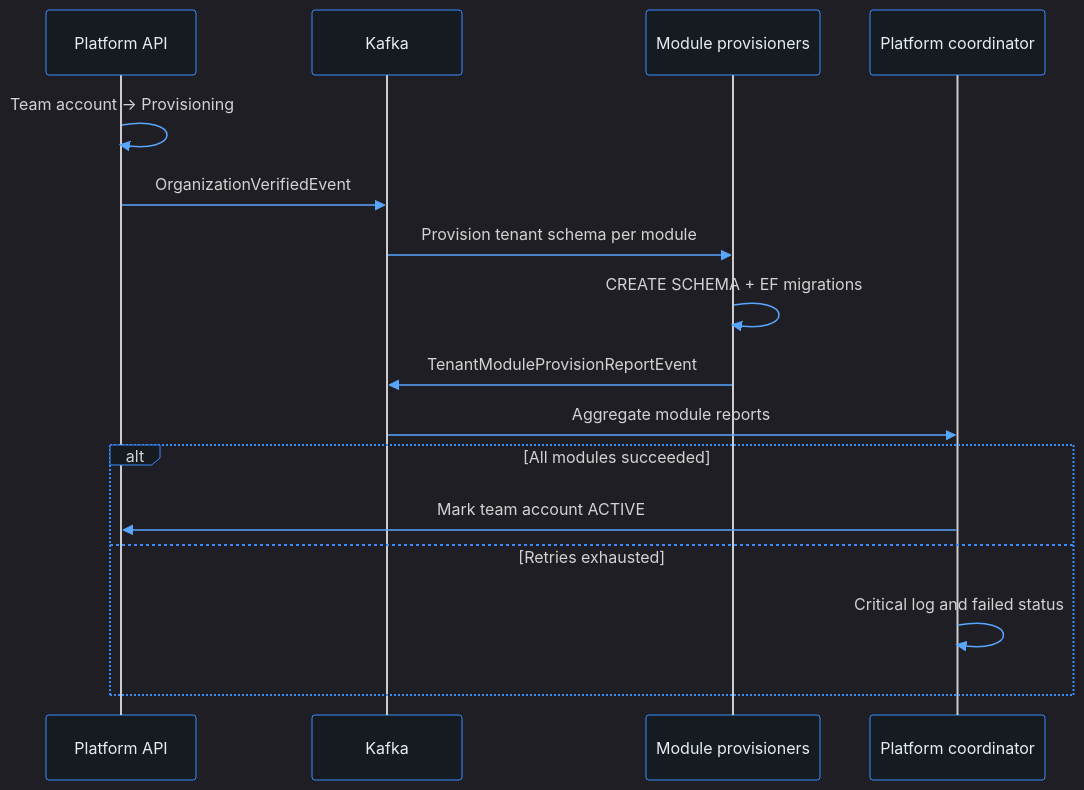
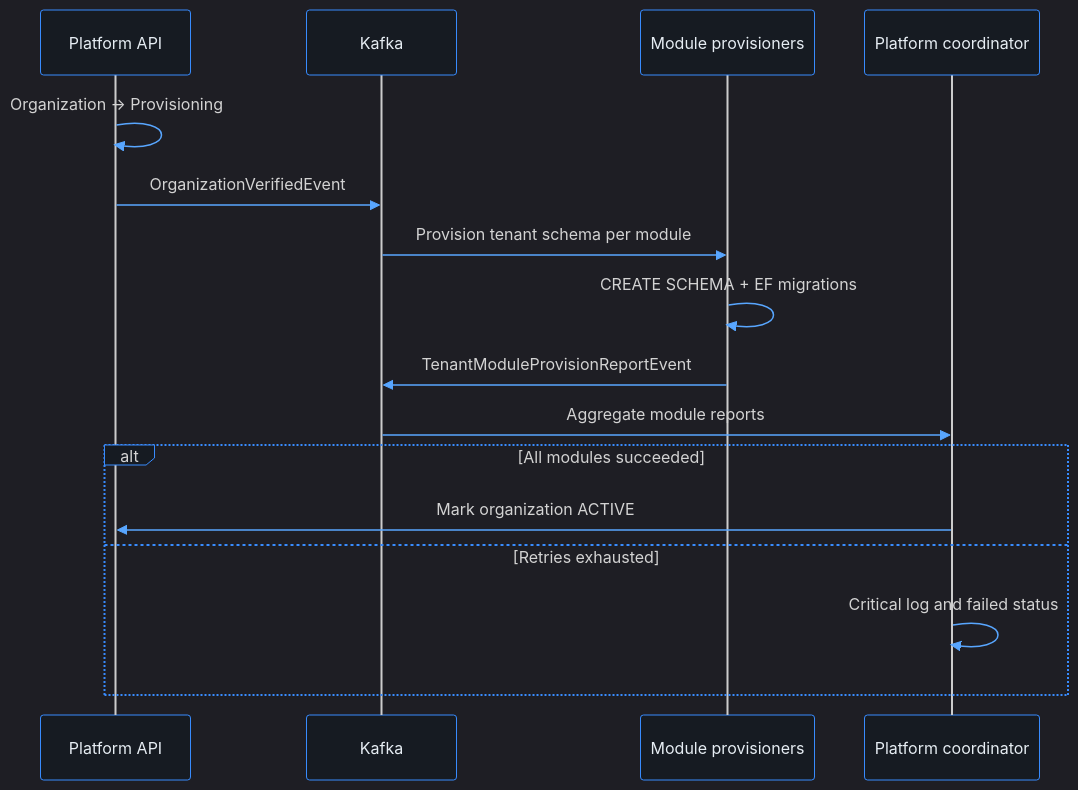
Before and after one commit to phuongnse/axis: the third of 3 diagrams in docs/use-cases/platform-foundation/register-org/README.md, drawn with Mermaid. The commit also changed other lines of this file and 21 other files, not shown here.

Commit message:
fix(auth): remove organization onboarding flow

````diff
--- a/docs/use-cases/platform-foundation/register-org/README.md
+++ b/docs/use-cases/platform-foundation/register-org/README.md
@@ -186,20 +188,20 @@
 ```mermaid
 %%{init: {'theme':'dark','themeVariables':{'background':'#0d1117','mainBkg':'#0d1117','primaryColor':'#161b22','primaryBorderColor':'#388bfd','primaryTextColor':'#e6edf3','secondaryColor':'#21262d','secondaryBorderColor':'#388bfd','secondaryTextColor':'#e6edf3','tertiaryColor':'#161b22','tertiaryTextColor':'#e6edf3','lineColor':'#58a6ff','textColor':'#e6edf3','nodeBorder':'#388bfd','clusterBkg':'#161b22','clusterBorder':'#388bfd','titleColor':'#e6edf3','edgeLabelBackground':'#161b22','actorBkg':'#161b22','actorBorder':'#388bfd','actorTextColor':'#e6edf3','signalColor':'#58a6ff','labelBoxBkgColor':'#161b22','labelBoxBorderColor':'#388bfd','noteBkgColor':'#161b22','noteBorderColor':'#388bfd','noteTextColor':'#c9d1d9','activationBkgColor':'#30363d'}}}%%
 sequenceDiagram
   participant API as Platform API
   participant Kafka
   participant Mod as Module provisioners
   participant Coord as Platform coordinator
 
-  API->>API: Team account -> Provisioning
+  API->>API: Organization -> Provisioning
   API->>Kafka: OrganizationVerifiedEvent
   Kafka->>Mod: Provision tenant schema per module
   Mod->>Mod: CREATE SCHEMA + EF migrations
   Mod->>Kafka: TenantModuleProvisionReportEvent
   Kafka->>Coord: Aggregate module reports
   alt All modules succeeded
-    Coord->>API: Mark team account ACTIVE
+    Coord->>API: Mark organization ACTIVE
   else Retries exhausted
     Coord->>Coord: Critical log and failed status
   end
 ```
````
